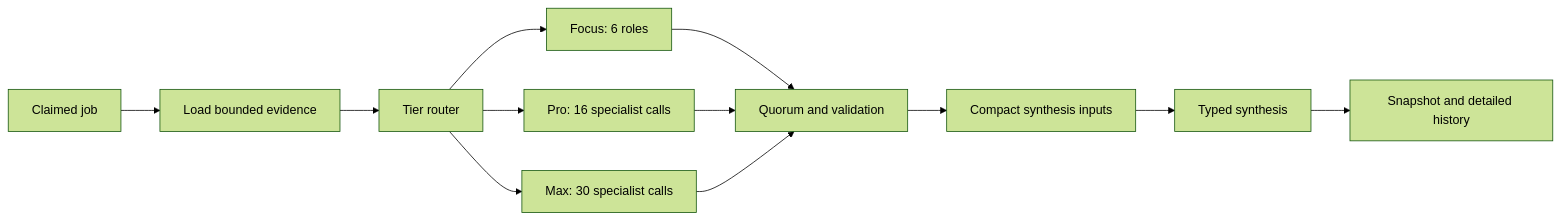
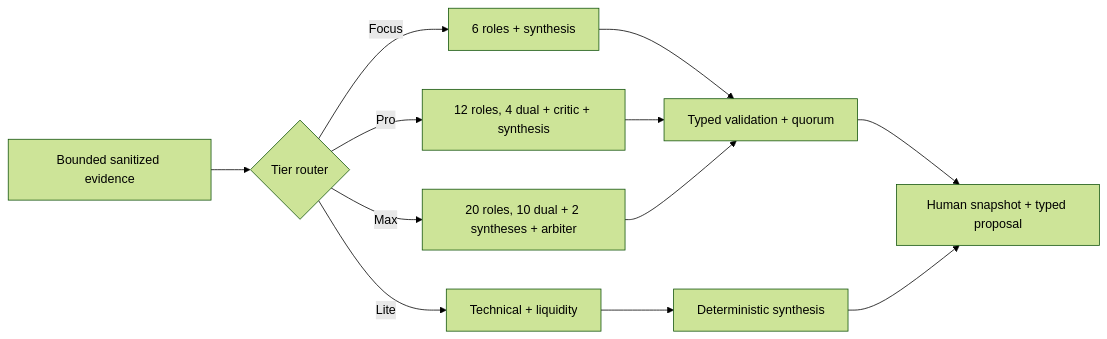
The sixth of 8 diagrams in docs/agentic-backend-architecture.md (malawadd/mowazi), drawn with Mermaid (forest theme) before and after one commit. The commit also changed other lines of this file and 58 other files, not shown here.

````diff
--- a/docs/agentic-backend-architecture.md
+++ b/docs/agentic-backend-architecture.md
@@ -147,14 +156,11 @@
 ```mermaid
 flowchart LR
-    J[Claimed job] --> L[Load bounded evidence]
-    L --> R[Tier router]
-    R --> F[Focus: 6 roles]
-    R --> P[Pro: 16 specialist calls]
-    R --> M[Max: 30 specialist calls]
-    F --> Q[Quorum and validation]
-    P --> Q
-    M --> Q
-    Q --> Y[Compact synthesis inputs]
-    Y --> S[Typed synthesis]
-    S --> X[Snapshot and detailed history]
+    E["Bounded sanitized evidence"] --> R{"Tier router"}
+    R -->|Focus| F["6 roles + synthesis"]
+    R -->|Pro| P["12 roles, 4 dual + critic + synthesis"]
+    R -->|Max| M["20 roles, 10 dual + 2 syntheses + arbiter"]
+    R -->|Lite| L["Technical + liquidity"]
+    F & P & M --> Q["Typed validation + quorum"]
+    L --> D["Deterministic synthesis"]
+    Q & D --> O["Human snapshot + typed proposal"]
 ```
````
